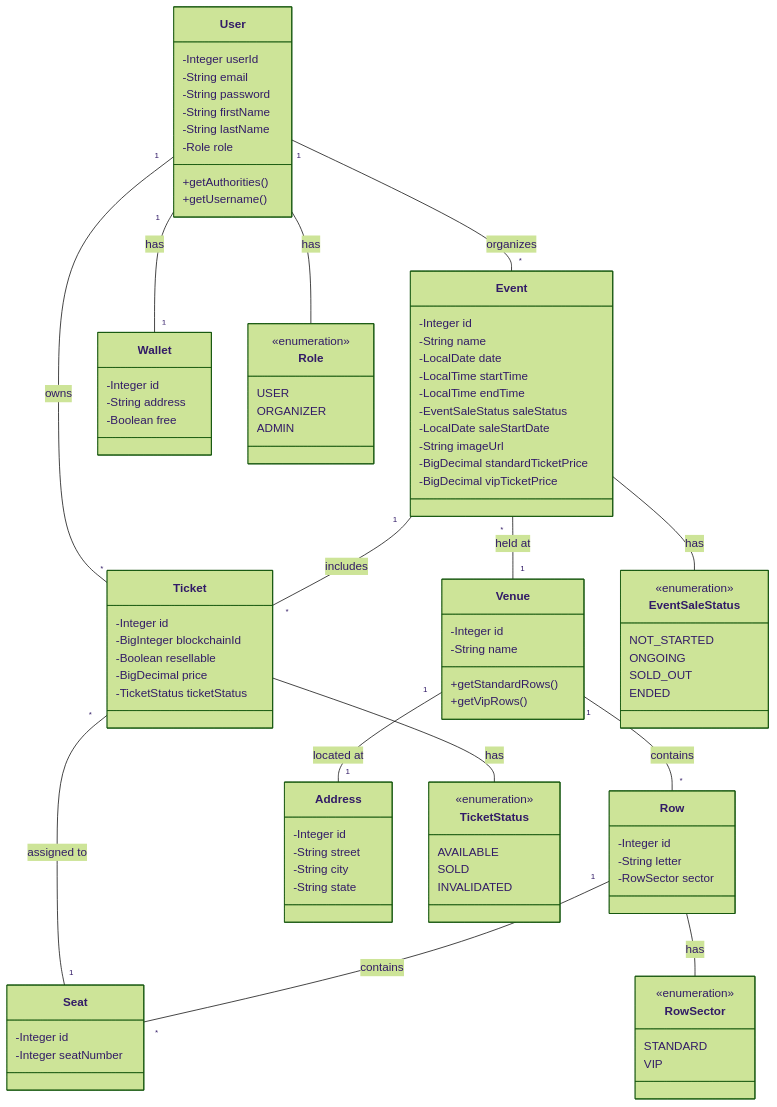
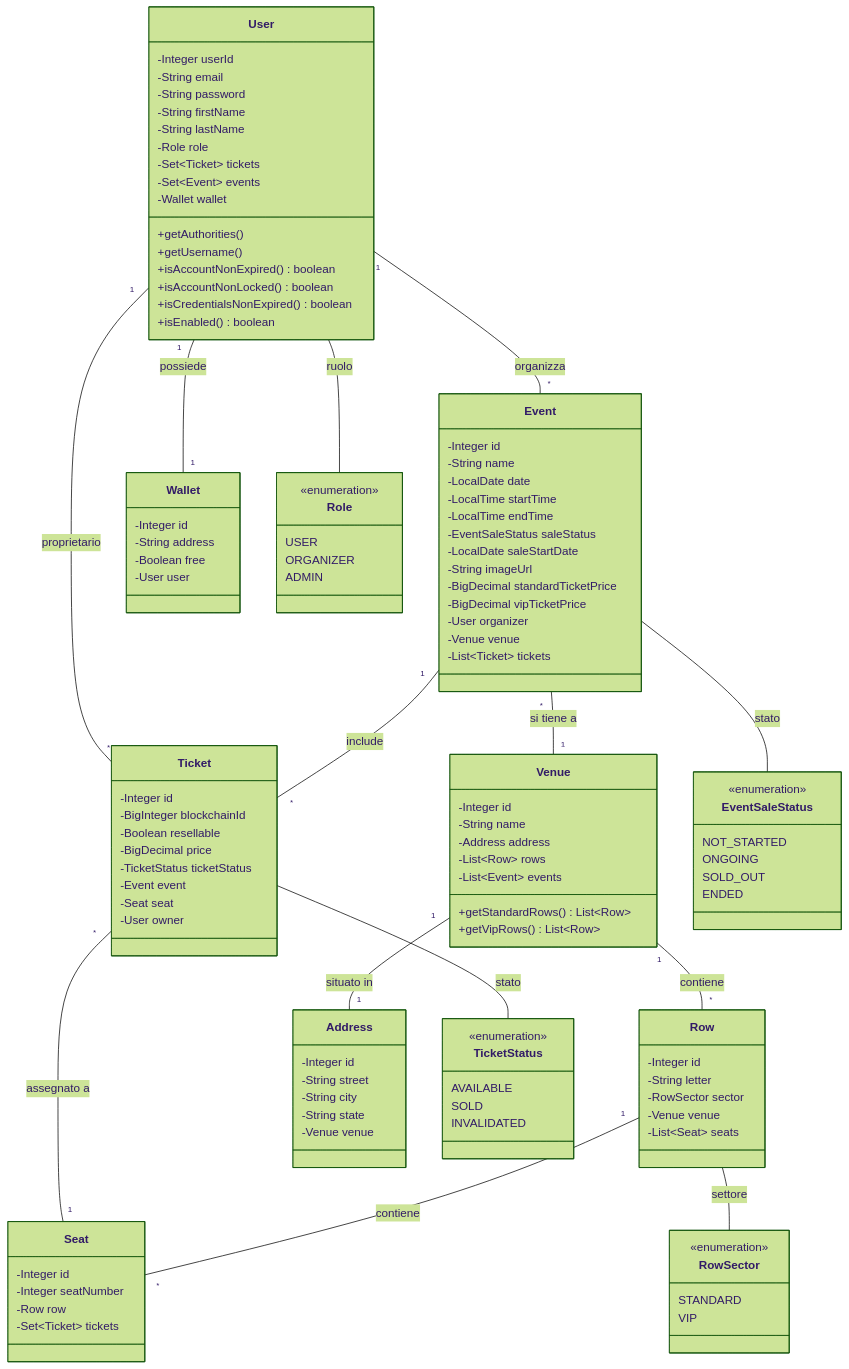
Before and after one commit to s-lusito/TicketBlock-Ing_Sw: the first of 7 diagrams in docs/class-diagram.md, drawn with Mermaid (forest theme). The commit also changed other lines of this file, not shown here.

Commit message:
Expand class diagram with comprehensive architecture coverage

````diff
--- a/docs/class-diagram.md
+++ b/docs/class-diagram.md
@@ -13,8 +13,15 @@
         -String firstName
         -String lastName
         -Role role
+        -Set~Ticket~ tickets
+        -Set~Event~ events
+        -Wallet wallet
         +getAuthorities()
         +getUsername()
+        +isAccountNonExpired() boolean
+        +isAccountNonLocked() boolean
+        +isCredentialsNonExpired() boolean
+        +isEnabled() boolean
     }
 
     class Event {
@@ -28,6 +35,9 @@
         -String imageUrl
         -BigDecimal standardTicketPrice
         -BigDecimal vipTicketPrice
+        -User organizer
+        -Venue venue
+        -List~Ticket~ tickets
     }
 
     class Ticket {
@@ -36,30 +46,41 @@
         -Boolean resellable
         -BigDecimal price
         -TicketStatus ticketStatus
+        -Event event
+        -Seat seat
+        -User owner
     }
 
     class Venue {
         -Integer id
         -String name
-        +getStandardRows()
-        +getVipRows()
+        -Address address
+        -List~Row~ rows
+        -List~Event~ events
+        +getStandardRows() List~Row~
+        +getVipRows() List~Row~
     }
 
     class Row {
         -Integer id
         -String letter
         -RowSector sector
+        -Venue venue
+        -List~Seat~ seats
     }
 
     class Seat {
         -Integer id
         -Integer seatNumber
+        -Row row
+        -Set~Ticket~ tickets
     }
 
     class Wallet {
         -Integer id
         -String address
         -Boolean free
+        -User user
     }
 
     class Address {
@@ -67,6 +88,7 @@
         -String street
         -String city
         -String state
+        -Venue venue
     }
 
     class EventSaleStatus {
@@ -97,17 +119,17 @@
         VIP
     }
 
-    User "1" -- "1" Wallet : has
-    User "1" -- "*" Ticket : owns
-    User "1" -- "*" Event : organizes
-    Event "*" -- "1" Venue : held at
-    Event "1" -- "*" Ticket : includes
-    Ticket "*" -- "1" Seat : assigned to
-    Venue "1" -- "1" Address : located at
-    Venue "1" -- "*" Row : contains
-    Row "1" -- "*" Seat : contains
-    Event -- EventSaleStatus : has
-    Ticket -- TicketStatus : has
-    User -- Role : has
-    Row -- RowSector : has
+    User "1" -- "1" Wallet : possiede
+    User "1" -- "*" Ticket : proprietario
+    User "1" -- "*" Event : organizza
+    Event "*" -- "1" Venue : si tiene a
+    Event "1" -- "*" Ticket : include
+    Ticket "*" -- "1" Seat : assegnato a
+    Venue "1" -- "1" Address : situato in
+    Venue "1" -- "*" Row : contiene
+    Row "1" -- "*" Seat : contiene
+    Event -- EventSaleStatus : stato
+    Ticket -- TicketStatus : stato
+    User -- Role : ruolo
+    Row -- RowSector : settore
 ```
````
